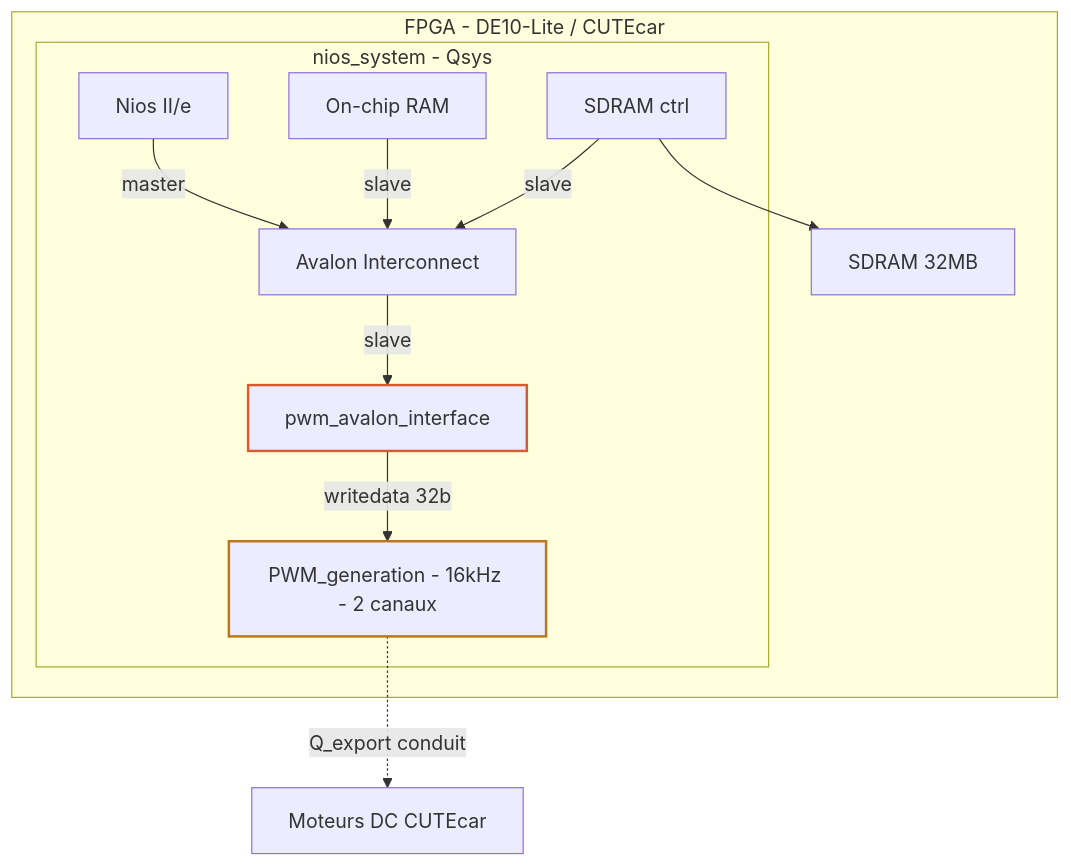
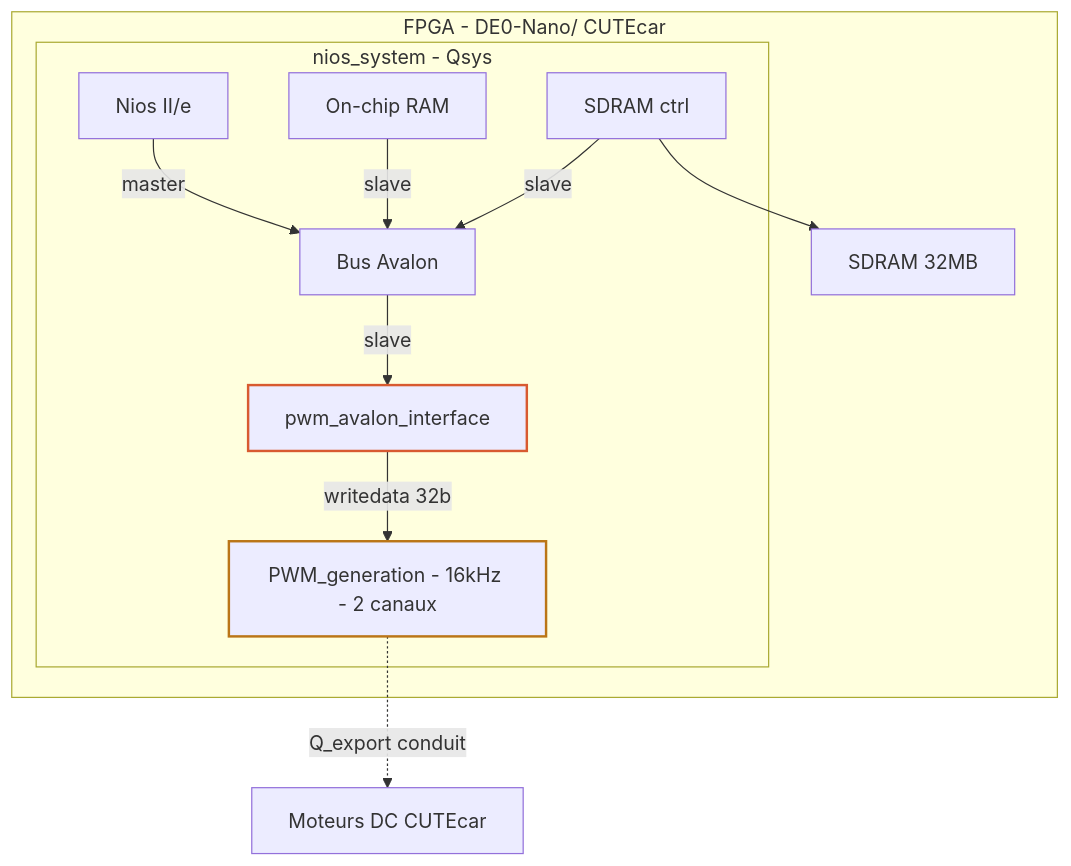
One commit to caronnek/SoC changed the diagram in README.md. Above: the diagram before and after it, drawn with Mermaid.

Commit message:
Update FPGA label in README.md

````diff
--- a/README.md
+++ b/README.md
@@ -13,26 +13,26 @@
 ```mermaid
 graph TD
-    subgraph FPGA["FPGA - DE10-Lite / CUTEcar"]
+    subgraph FPGA["FPGA - DE0-Nano/ CUTEcar"]
         subgraph QSYS["nios_system - Qsys"]
             n1["Nios II/e"]
             n2["On-chip RAM"]
             n3["SDRAM ctrl"]
-            n4["Avalon Interconnect"]
+            n4["Bus Avalon"]
             n5["pwm_avalon_interface"]
             n6["PWM_generation - 16kHz - 2 canaux"]
         end
         n7["SDRAM 32MB"]
     end
     n8["Moteurs DC CUTEcar"]
 
     n1-->|master|n4
     n2-->|slave|n4
     n3-->|slave|n4
     n3-->n7
     n4-->|slave|n5
     n5-->|writedata 32b|n6
     n6-.->|Q_export conduit|n8
 
     style n5 stroke:#D85A30,stroke-width:2px
     style n6 stroke:#BA7517,stroke-width:2px
 ```
````
